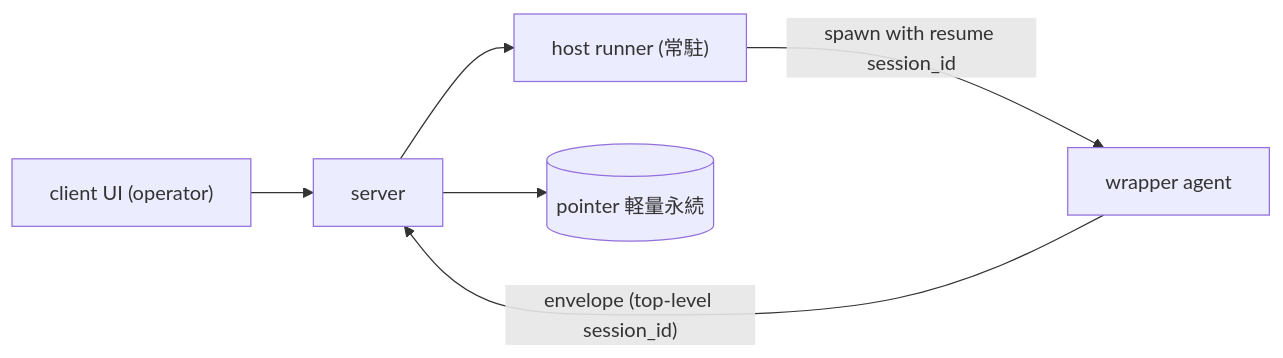
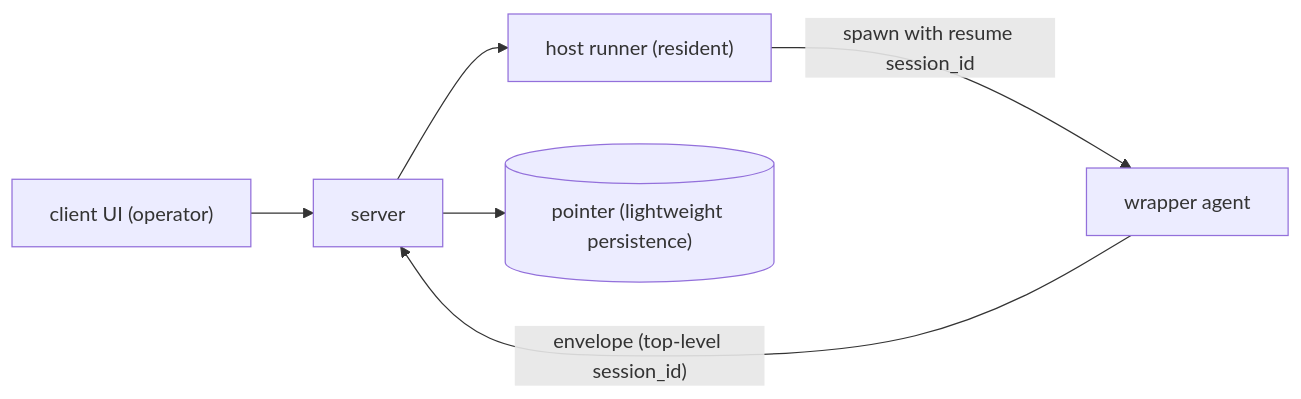
The diagram in docs/adr/0014-session-resume-and-restore.md (sakuraiyuta/kaoiro), drawn with Mermaid before and after one commit. The commit also changed other lines of this file and 2 other files, not shown here.

````diff
--- a/docs/adr/0014-session-resume-and-restore.md
+++ b/docs/adr/0014-session-resume-and-restore.md
@@ -59,8 +64,8 @@
 ```mermaid
 flowchart LR
   client["client UI (operator)"] --> server
-  server --> runner["host runner (常駐)"]
+  server --> runner["host runner (resident)"]
   runner -->|"spawn with resume session_id"| wrapper["wrapper agent"]
   wrapper -->|"envelope (top-level session_id)"| server
-  server --> store[("pointer 軽量永続")]
+  server --> store[("pointer (lightweight persistence)")]
 ```
````
